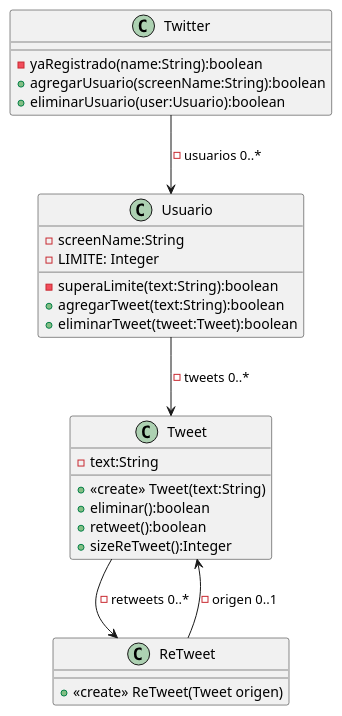
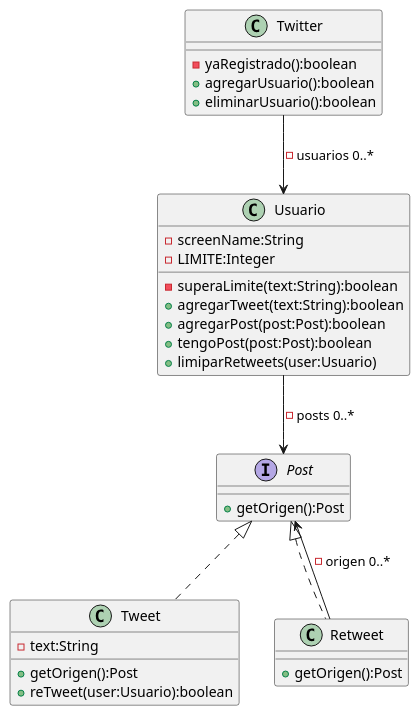
One commit to Francogrch/OO2-2025 changed the diagram in Repaso/src/main/java/ejercicio1/ej1_1.puml. Above: the diagram before and after it, drawn with PlantUML. The commit also changed 27 other files, not shown here.

```diff
--- a/Repaso/src/main/java/ejercicio1/ej1_1.puml
+++ b/Repaso/src/main/java/ejercicio1/ej1_1.puml
@@ -1,36 +1,33 @@
 @startuml
-
 class Twitter {
--yaRegistrado(name:String):boolean
-+agregarUsuario(screenName:String):boolean
-+eliminarUsuario(user:Usuario):boolean
+-yaRegistrado():boolean
++agregarUsuario():boolean
++eliminarUsuario():boolean
 }
-Twitter  --> Usuario : -usuarios 0..*
+Twitter --> Usuario : -usuarios 0..*
 
 class Usuario {
-- screenName:String
-- LIMITE: Integer
+-screenName:String
+-LIMITE:Integer
 -superaLimite(text:String):boolean
 +agregarTweet(text:String):boolean
-+eliminarTweet(tweet:Tweet):boolean
++agregarPost(post:Post):boolean
++tengoPost(post:Post):boolean
++limiparRetweets(user:Usuario)
 }
-Usuario --> Tweet : -tweets 0..*
+Usuario --> Post : -posts 0..*
 
-
-
-class Tweet{
-- text:String
-+<<create>> Tweet(text:String)
-+eliminar():boolean
-+retweet():boolean
-+sizeReTweet():Integer
+interface Post{
++getOrigen():Post
 }
 
-ReTweet --> Tweet : -origen 0..1
-Tweet --> ReTweet : -retweets 0..* 
-
-class ReTweet{
-+<<create>> ReTweet(Tweet origen)
+class Tweet implements Post{
+-text:String
++getOrigen():Post
++reTweet(user:Usuario):boolean
 }
-
+class Retweet implements Post{
++getOrigen():Post
+}
+Retweet --> Post : -origen 0..*
 @enduml
```
